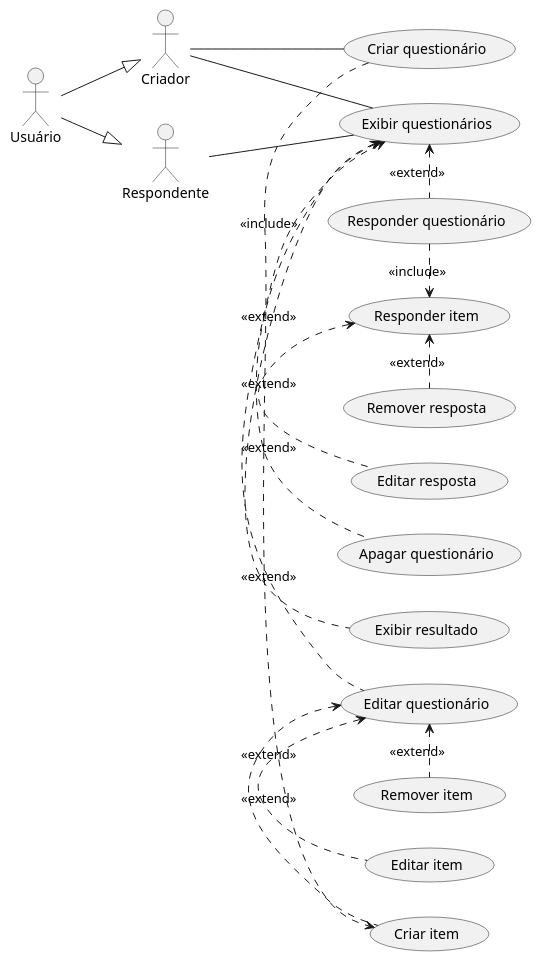
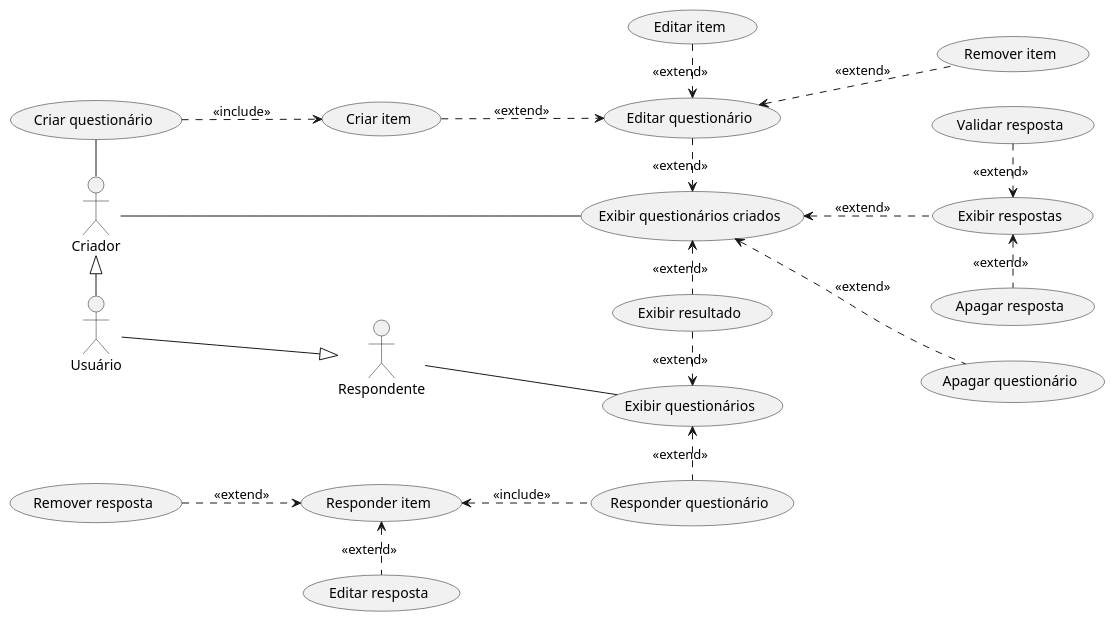
One commit to CaioGS06/quizisso changed the diagram in diagrama_casos_de_uso.puml. Above: the diagram before and after it, drawn with PlantUML. The commit also changed 52 other files, not shown here.

```diff
--- a/diagrama_casos_de_uso.puml
+++ b/diagrama_casos_de_uso.puml
@@ -1,40 +1,49 @@
 @startuml diagrama_casos_de_uso
 left to right direction
 
 actor "Usuário" as usuario
 actor "Criador" as criador
 actor "Respondente" as respondente
 
-usuario --|> criador
+criador <|- usuario 
 usuario --|> respondente
 
 usecase "Criar questionário" as criar_questionario
-usecase "Exibir questionários" as exibir_questionarios
+usecase "Exibir questionários criados" as exibir_questionarios_criados
 usecase "Editar questionário" as editar_questionario
 usecase "Apagar questionário" as apagar_questionario
 usecase "Criar item" as criar_item
 usecase "Editar item" as editar_item
 usecase "Remover item" as remover_item
+usecase "Exibir respostas" as exibir_respostas
+usecase "Validar resposta" as validar_resposta
+usecase "Apagar resposta" as apagar_resposta
+usecase "Exibir questionários" as exibir_questionarios
 usecase "Responder questionário" as responder_questionario
 usecase "Responder item" as responder_item
 usecase "Editar resposta" as editar_resposta
 usecase "Remover resposta" as remover_resposta
 usecase "Exibir resultado" as exibir_resultado
 
-criador -- criar_questionario
-criador -- exibir_questionarios
+criar_questionario - criador 
+criador - exibir_questionarios_criados
 respondente -- exibir_questionarios
 
-criar_questionario .> criar_item : <<include>>
-editar_questionario <. criar_item : <<extend>>
-editar_questionario <. editar_item : <<extend>>
-editar_questionario <. remover_item : <<extend>>
+criar_questionario ..> criar_item : <<include>>
+criar_item ..> editar_questionario : <<extend>>
+editar_item .> editar_questionario : <<extend>>
+editar_questionario <.. remover_item : <<extend>>
+editar_questionario .> exibir_questionarios_criados : <<extend>>
+exibir_questionarios_criados <.. apagar_questionario : <<extend>>
+exibir_questionarios_criados <.. exibir_respostas : <<extend>>
+validar_resposta .> exibir_respostas : <<extend>>
+exibir_respostas <. apagar_resposta : <<extend>>
+exibir_questionarios_criados <. exibir_resultado : <<extend>>
 
-exibir_questionarios <. editar_questionario : <<extend>>
-exibir_questionarios <. exibir_resultado : <<extend>>
-exibir_questionarios <. apagar_questionario : <<extend>>
+exibir_resultado .> exibir_questionarios : <<extend>>
 exibir_questionarios <. responder_questionario : <<extend>>
-responder_questionario .> responder_item : <<include>>
+responder_item <.. responder_questionario : <<include>>
 responder_item <. editar_resposta : <<extend>>
-responder_item <. remover_resposta : <<extend>>
+remover_resposta ..> responder_item : <<extend>>
+
 @enduml 
```
